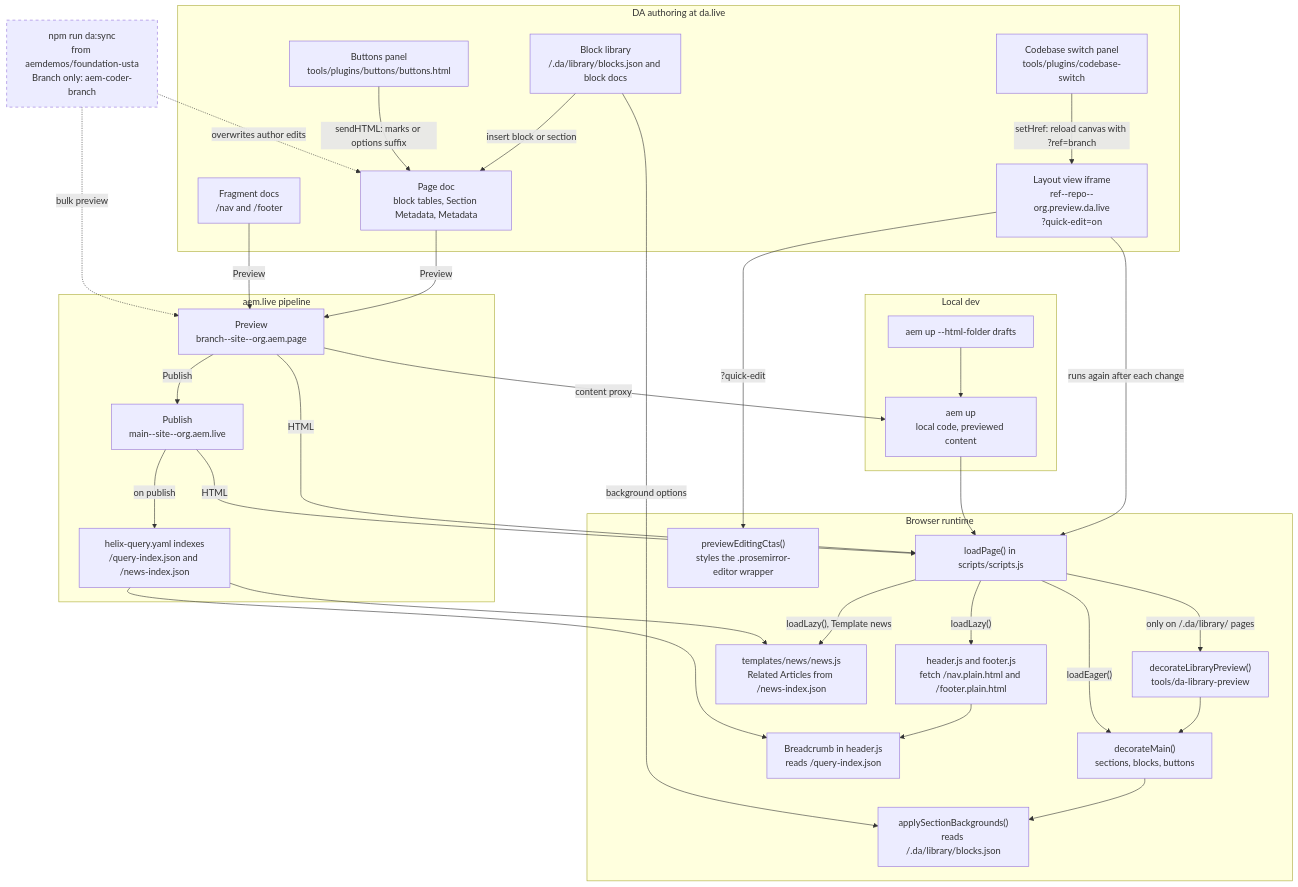
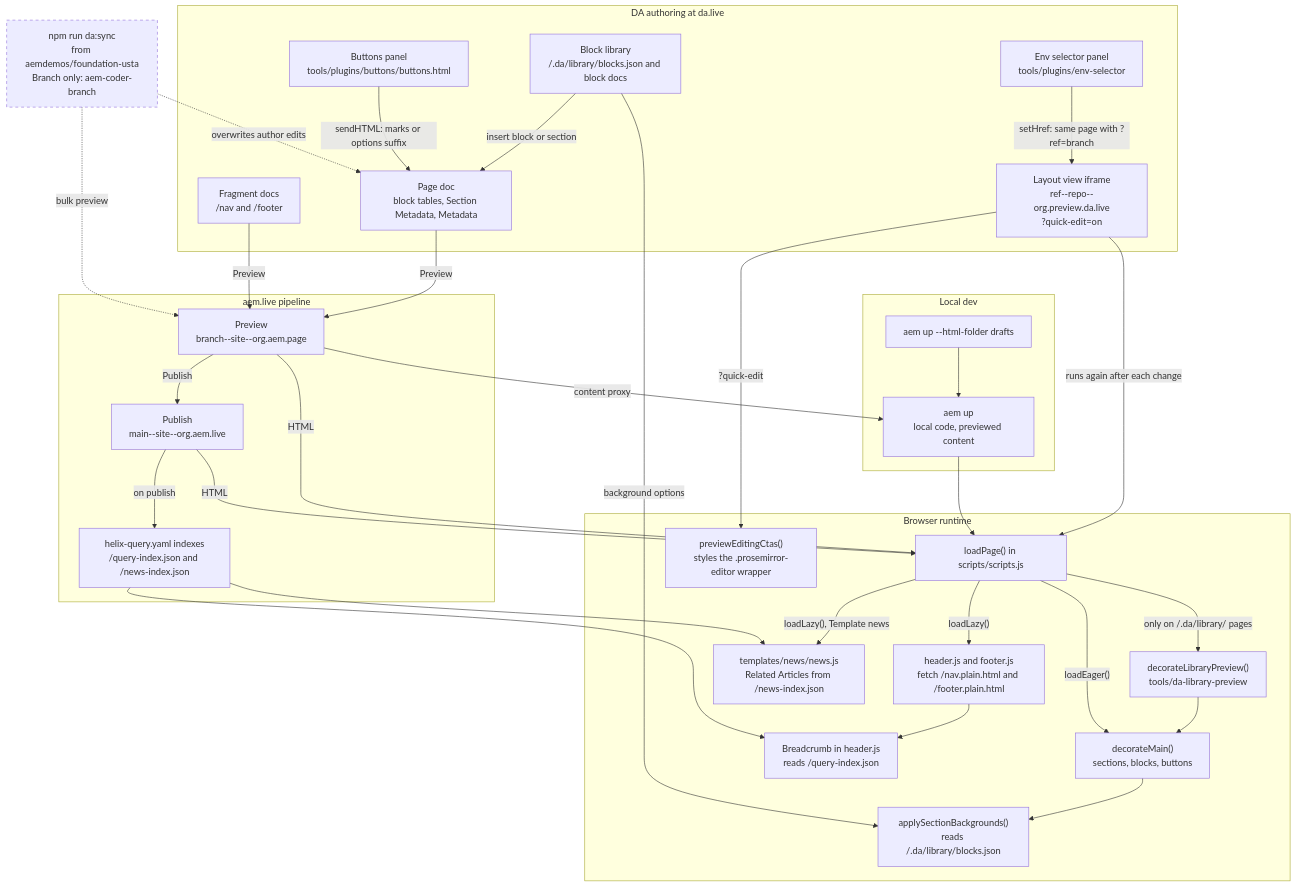
One commit to aman-kumar24-dev/usta-foundation-site changed the sixth of 8 diagrams in docs/flow.md. Above: the diagram before and after it, drawn with Mermaid. The commit also changed other lines of this file and 10 other files, not shown here.

First line of the commit message:
env-selector: rename codebase switch; Go keeps the open page

````diff
--- a/docs/flow.md
+++ b/docs/flow.md
@@ -678,58 +678,58 @@
 ```mermaid
 flowchart TD
   subgraph DA["DA authoring at da.live"]
     LIB["Block library<br/>/.da/library/blocks.json and block docs"]
     BTN["Buttons panel<br/>tools/plugins/buttons/buttons.html"]
-    CBS["Codebase switch panel<br/>tools/plugins/codebase-switch"]
+    ENV["Env selector panel<br/>tools/plugins/env-selector"]
     DOC["Page doc<br/>block tables, Section Metadata, Metadata"]
     FRAG["Fragment docs<br/>/nav and /footer"]
     EW["Layout view iframe<br/>ref--repo--org.preview.da.live<br/>?quick-edit=on"]
   end
   subgraph ADMIN["aem.live pipeline"]
     PREV["Preview<br/>branch--site--org.aem.page"]
     PUB["Publish<br/>main--site--org.aem.live"]
     IDX["helix-query.yaml indexes<br/>/query-index.json and /news-index.json"]
   end
   subgraph RT["Browser runtime"]
     LP["loadPage() in scripts/scripts.js"]
     LIBP["decorateLibraryPreview()<br/>tools/da-library-preview"]
     DM["decorateMain()<br/>sections, blocks, buttons"]
     BG["applySectionBackgrounds()<br/>reads /.da/library/blocks.json"]
     PEC["previewEditingCtas()<br/>styles the .prosemirror-editor wrapper"]
     HF["header.js and footer.js<br/>fetch /nav.plain.html and /footer.plain.html"]
     BC["Breadcrumb in header.js<br/>reads /query-index.json"]
     RA["templates/news/news.js<br/>Related Articles from /news-index.json"]
   end
   subgraph DEV["Local dev"]
     UP["aem up<br/>local code, previewed content"]
     DR["aem up --html-folder drafts"]
   end
   SYNC["npm run da:sync<br/>from aemdemos/foundation-usta<br/>Branch only: aem-coder-branch"]:::planned
   LIB -->|"insert block or section"| DOC
   BTN -->|"sendHTML: marks or options suffix"| DOC
-  CBS -->|"setHref: reload canvas with ?ref=branch"| EW
+  ENV -->|"setHref: same page with ?ref=branch"| EW
   DOC -->|"Preview"| PREV
   FRAG -->|"Preview"| PREV
   PREV -->|"Publish"| PUB
   PUB -->|"on publish"| IDX
   PREV -->|"HTML"| LP
   PUB -->|"HTML"| LP
   EW -->|"runs again after each change"| LP
   EW -->|"?quick-edit"| PEC
   LP -->|"only on /.da/library/ pages"| LIBP
   LIBP --> DM
   LP -->|"loadEager()"| DM
   DM --> BG
   LIB -->|"background options"| BG
   LP -->|"loadLazy()"| HF
   LP -->|"loadLazy(), Template news"| RA
   HF --> BC
   IDX --> BC
   IDX --> RA
   PREV -->|"content proxy"| UP
   DR --> UP
   UP --> LP
   SYNC -.->|"overwrites author edits"| DOC
   SYNC -.->|"bulk preview"| PREV
   classDef planned stroke-dasharray: 5 5
 ```
````
